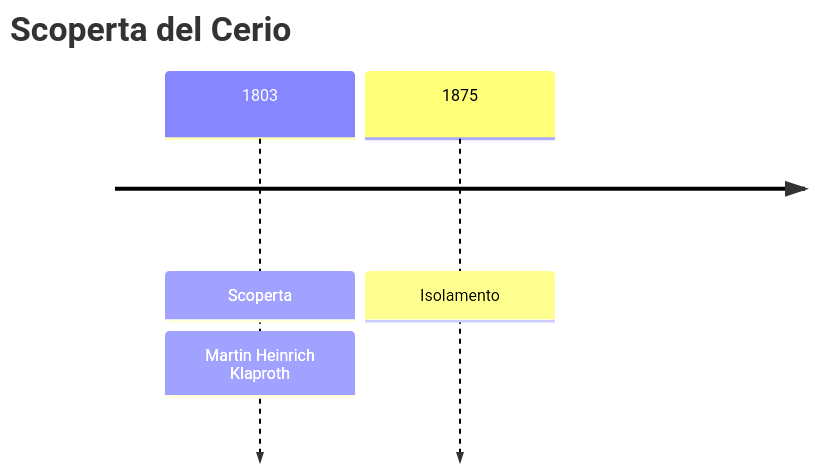
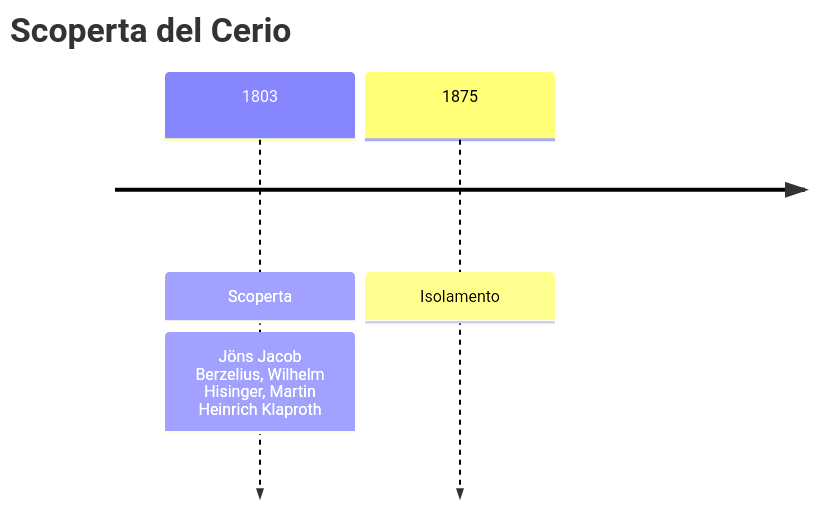
Before and after one commit to gianlucaciarcelluti/elements-caos: the first of 3 diagrams in vault/Elementi/Cerio.md, drawn with Mermaid. The commit also changed other lines of this file and 9 other files, not shown here.

````diff
--- a/vault/Elementi/Cerio.md
+++ b/vault/Elementi/Cerio.md
@@ -28,6 +28,6 @@
 ```mermaid
 timeline
     title Scoperta del Cerio
-    1803 : Scoperta : Martin Heinrich Klaproth
+    1803 : Scoperta : Jöns Jacob Berzelius, Wilhelm Hisinger, Martin Heinrich Klaproth
     1875 : Isolamento
 ```
````
